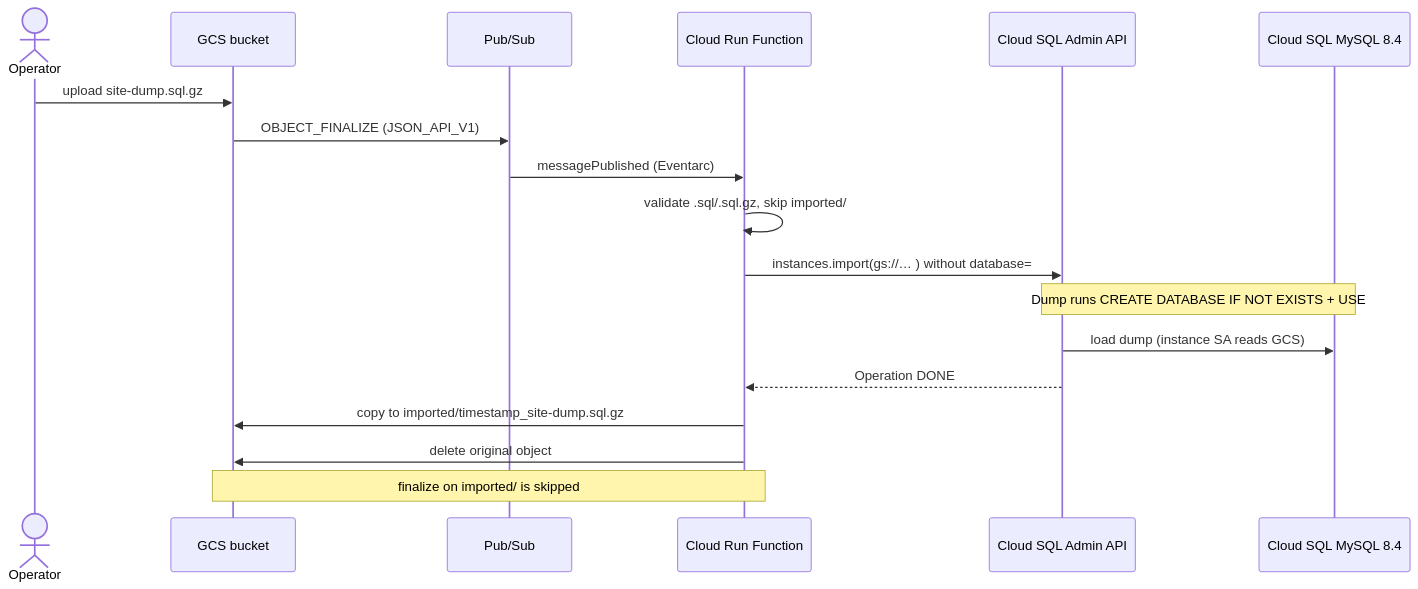
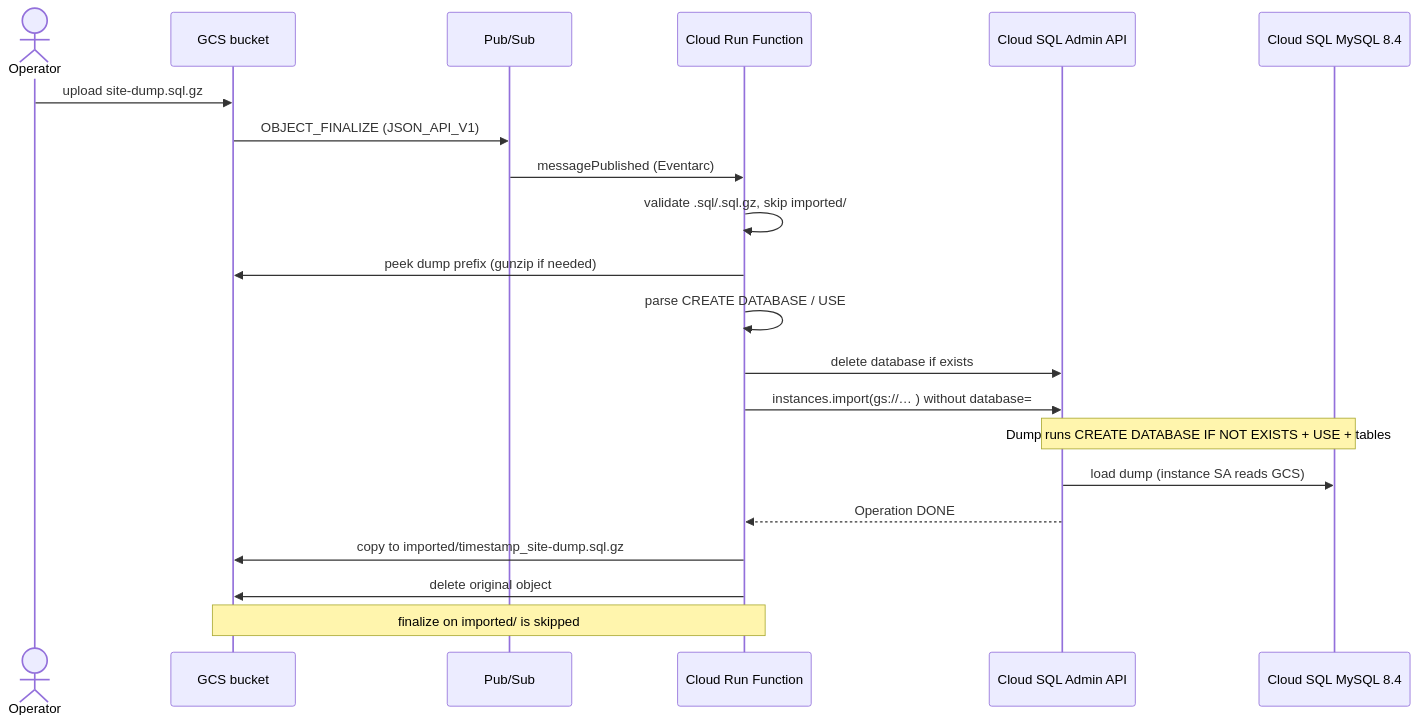
One commit to ealebed/gcs-sql-restore changed the second of 2 diagrams in docs/architecture.md. Above: the diagram before and after it, drawn with Mermaid. The commit also changed other lines of this file and 9 other files, not shown here.

Commit message:
Implement function DROP database (if exists)

````diff
--- a/docs/architecture.md
+++ b/docs/architecture.md
@@ -50,21 +51,24 @@
 ```mermaid
 sequenceDiagram
   actor Op as Operator
   participant GCS as GCS bucket
   participant PS as Pub/Sub
   participant Fn as Cloud Run Function
   participant SQL as Cloud SQL Admin API
   participant Inst as Cloud SQL MySQL 8.4
 
   Op->>GCS: upload site-dump.sql.gz
   GCS->>PS: OBJECT_FINALIZE (JSON_API_V1)
   PS->>Fn: messagePublished (Eventarc)
   Fn->>Fn: validate .sql/.sql.gz, skip imported/
+  Fn->>GCS: peek dump prefix (gunzip if needed)
+  Fn->>Fn: parse CREATE DATABASE / USE
+  Fn->>SQL: delete database if exists
   Fn->>SQL: instances.import(gs://… ) without database=
-  Note over SQL,Inst: Dump runs CREATE DATABASE IF NOT EXISTS + USE
+  Note over SQL,Inst: Dump runs CREATE DATABASE IF NOT EXISTS + USE + tables
   SQL->>Inst: load dump (instance SA reads GCS)
   SQL-->>Fn: Operation DONE
   Fn->>GCS: copy to imported/timestamp_site-dump.sql.gz
   Fn->>GCS: delete original object
   Note over GCS,Fn: finalize on imported/ is skipped
 ```
````
